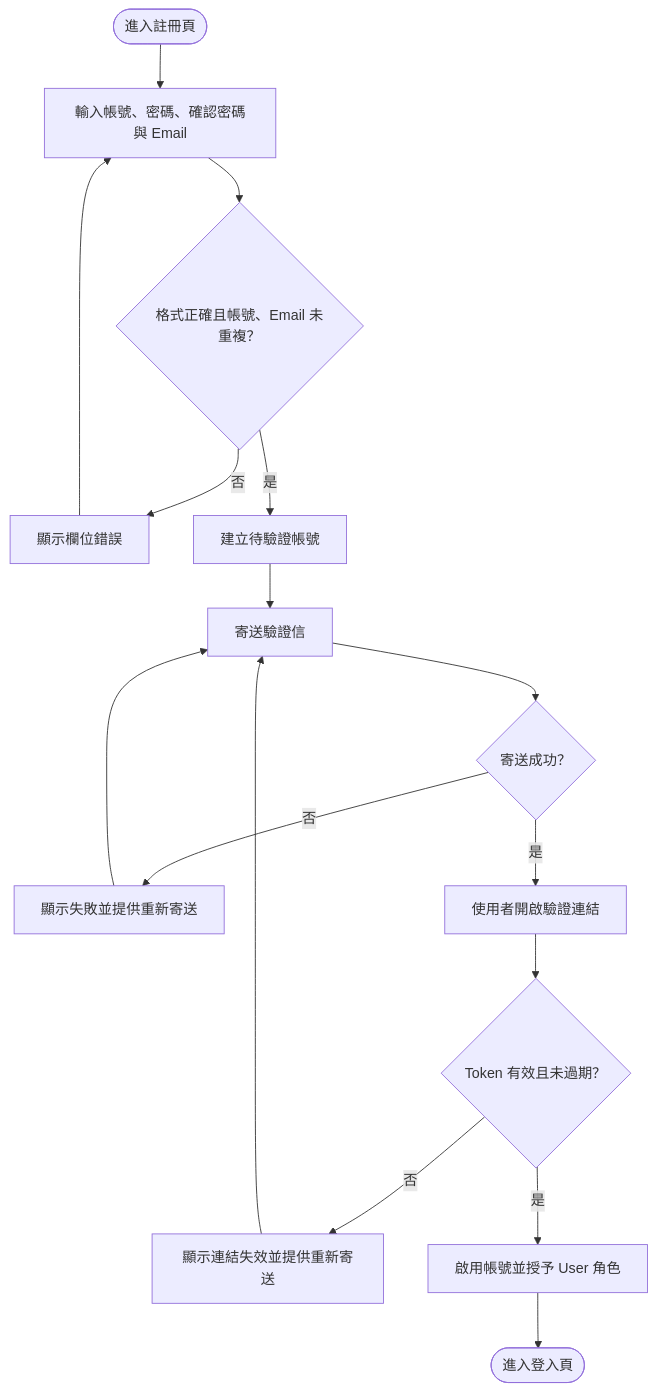
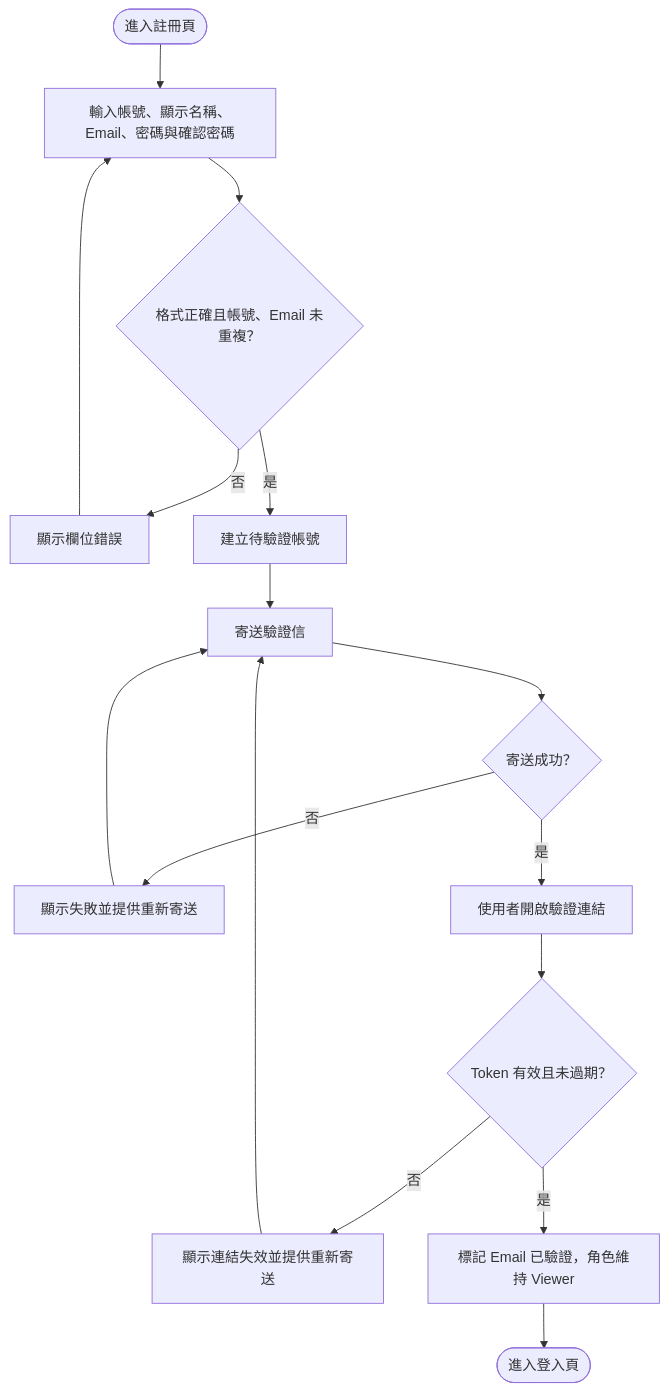
One commit to JJDing-Louis/ProjectManagementWeb_Spec changed the first of 2 diagrams in Flowchart/註冊、Email 驗證與登入.md. Above: the diagram before and after it, drawn with Mermaid. The commit also changed other lines of this file and 11 other files, not shown here.

````diff
--- a/Flowchart/註冊、Email 驗證與登入.md
+++ b/Flowchart/註冊、Email 驗證與登入.md
@@ -5,18 +5,18 @@
 ```mermaid
 flowchart TB
-    registrationStart([進入註冊頁]) --> enterRegistration[輸入帳號、密碼、確認密碼與 Email]
+    registrationStart([進入註冊頁]) --> enterRegistration[輸入帳號、顯示名稱、Email、密碼與確認密碼]
     enterRegistration --> registrationValid{格式正確且帳號、Email 未重複？}
     registrationValid -->|否| showRegistrationError[顯示欄位錯誤]
     showRegistrationError --> enterRegistration
     registrationValid -->|是| createPendingAccount[建立待驗證帳號]
     createPendingAccount --> sendVerification[寄送驗證信]
     sendVerification --> emailSent{寄送成功？}
     emailSent -->|否| showResend[顯示失敗並提供重新寄送]
     showResend --> sendVerification
     emailSent -->|是| openVerification[使用者開啟驗證連結]
     openVerification --> tokenValid{Token 有效且未過期？}
     tokenValid -->|否| showExpired[顯示連結失效並提供重新寄送]
     showExpired --> sendVerification
-    tokenValid -->|是| activateAccount[啟用帳號並授予 User 角色]
+    tokenValid -->|是| activateAccount[標記 Email 已驗證，角色維持 Viewer]
     activateAccount --> registrationFinished([進入登入頁])
 ```
````
